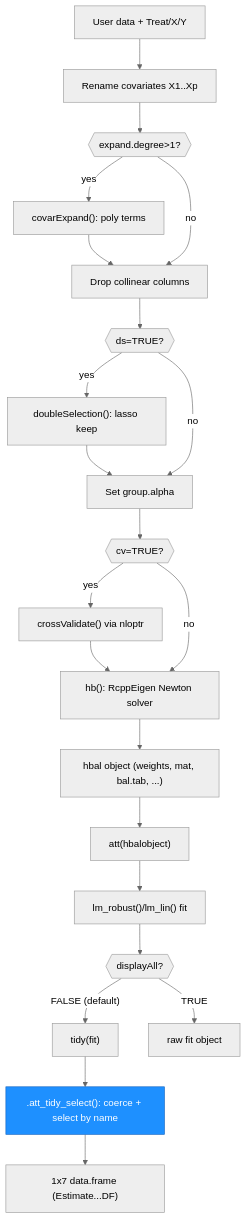
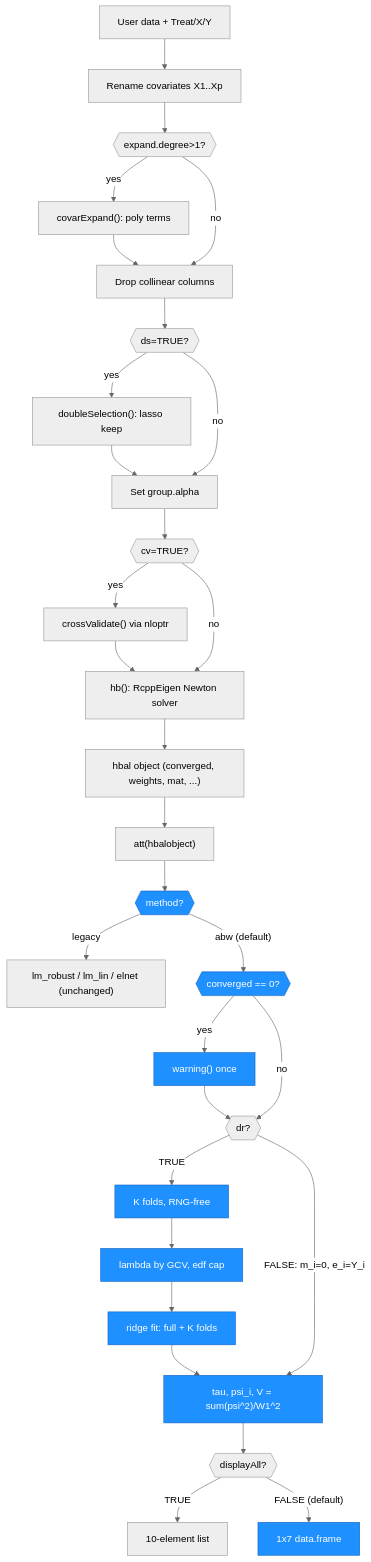
Before and after one commit to xuyiqing/hbal: the third of 3 diagrams in ARCHITECTURE.md, drawn with Mermaid. The commit also changed other lines of this file and 5 other files, not shown here.

````diff
--- a/ARCHITECTURE.md
+++ b/ARCHITECTURE.md
@@ -156,47 +212,68 @@
 ```mermaid
 %%{init: {'theme': 'neutral'}}%%
 graph TD
     IN["User data + Treat/X/Y"]
     REN["Rename covariates X1..Xp"]
     EXP{{"expand.degree>1?"}}
     SERIES["covarExpand(): poly terms"]
     COLLIN["Drop collinear columns"]
     DSQ{{"ds=TRUE?"}}
     DSEL["doubleSelection(): lasso keep"]
     PEN["Set group.alpha"]
     CVQ{{"cv=TRUE?"}}
     CVAL["crossValidate() via nloptr"]
     SOLVE["hb(): RcppEigen Newton solver"]
-    HOBJ["hbal object (weights, mat, bal.tab, ...)"]
+    HOBJ["hbal object (converged, weights, mat, ...)"]
     ATTCALL["att(hbalobject)"]
-    FIT["lm_robust()/lm_lin() fit"]
+    MQ{{"method?"}}
+    LEG["lm_robust / lm_lin / elnet (unchanged)"]
+    CONV{{"converged == 0?"}}
+    WARN["warning() once"]
+    DRQ{{"dr?"}}
+    FOLDS["K folds, RNG-free"]
+    LAMB["lambda by GCV, edf cap"]
+    FITS["ridge fit: full + K folds"]
+    MOM["tau, psi_i, V = sum(psi^2)/W1^2"]
     DAQ{{"displayAll?"}}
-    TIDYCALL["tidy(fit)"]
-    SELECT[".att_tidy_select(): coerce + select by name"]
-    ATTOUT["1x7 data.frame (Estimate...DF)"]
-    RAWOUT["raw fit object"]
+    LIST["10-element list"]
+    TAB["1x7 data.frame"]
 
     IN --> REN
     REN --> EXP
     EXP -- yes --> SERIES
     SERIES --> COLLIN
     EXP -- no --> COLLIN
     COLLIN --> DSQ
     DSQ -- yes --> DSEL
     DSEL --> PEN
     DSQ -- no --> PEN
     PEN --> CVQ
     CVQ -- yes --> CVAL
     CVAL --> SOLVE
     CVQ -- no --> SOLVE
     SOLVE --> HOBJ
     HOBJ --> ATTCALL
-    ATTCALL --> FIT
-    FIT --> DAQ
-    DAQ -- "FALSE (default)" --> TIDYCALL
-    TIDYCALL --> SELECT
-    SELECT --> ATTOUT
-    DAQ -- TRUE --> RAWOUT
+    ATTCALL --> MQ
+    MQ -- "legacy" --> LEG
+    MQ -- "abw (default)" --> CONV
+    CONV -- yes --> WARN
+    WARN --> DRQ
+    CONV -- no --> DRQ
+    DRQ -- "TRUE" --> FOLDS
+    FOLDS --> LAMB
+    LAMB --> FITS
+    FITS --> MOM
+    DRQ -- "FALSE: m_i=0, e_i=Y_i" --> MOM
+    MOM --> DAQ
+    DAQ -- TRUE --> LIST
+    DAQ -- "FALSE (default)" --> TAB
 
-    style SELECT fill:#1e90ff,stroke:#1565c0,color:#fff
+    style MQ fill:#1e90ff,stroke:#1565c0,color:#fff
+    style CONV fill:#1e90ff,stroke:#1565c0,color:#fff
+    style WARN fill:#1e90ff,stroke:#1565c0,color:#fff
+    style FOLDS fill:#1e90ff,stroke:#1565c0,color:#fff
+    style LAMB fill:#1e90ff,stroke:#1565c0,color:#fff
+    style FITS fill:#1e90ff,stroke:#1565c0,color:#fff
+    style MOM fill:#1e90ff,stroke:#1565c0,color:#fff
+    style TAB fill:#1e90ff,stroke:#1565c0,color:#fff
 ```
````
